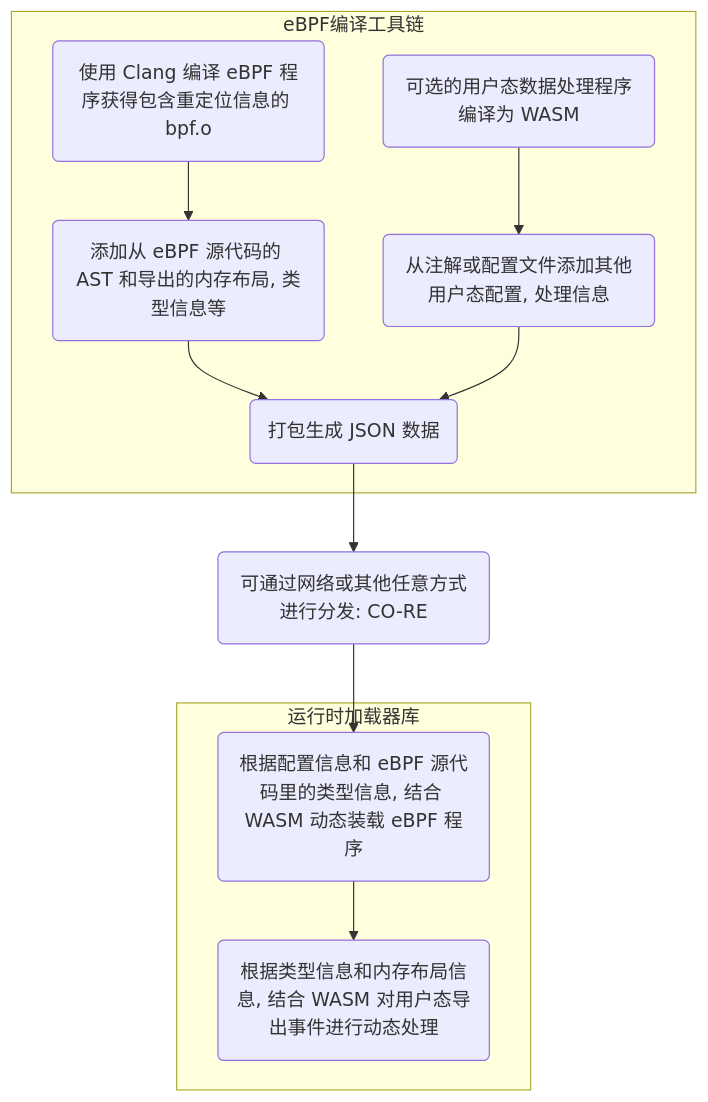
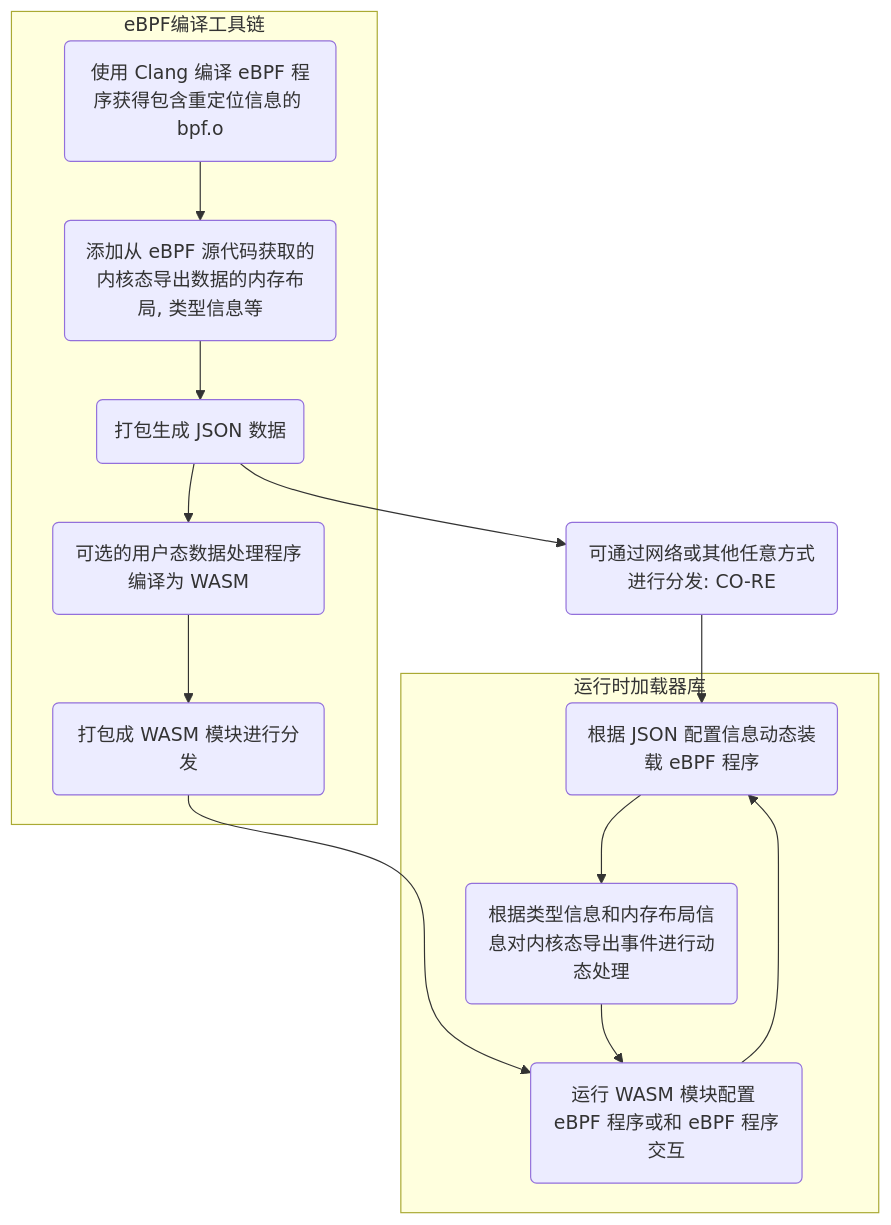
One commit to eunomia-bpf/eunomia-bpf.github.io changed the diagram in src/mannual.md. Above: the diagram before and after it, drawn with Mermaid. The commit also changed other lines of this file and 2 other files, not shown here.

````diff
--- a/src/mannual.md
+++ b/src/mannual.md
@@ -273,24 +273,28 @@
 ```mermaid
 graph TD
- b3-->package
+  b3-->package
+  b4-->a3
   package-->a1
   package(可通过网络或其他任意方式进行分发: CO-RE)
 
   subgraph 运行时加载器库
-  a1(根据配置信息和 eBPF 源代码里的类型信息, 结合 WASM 动态装载 eBPF 程序)
-  a2(根据类型信息和内存布局信息, 结合 WASM 对用户态导出事件进行动态处理)
+  a3(运行 WASM 模块配置 eBPF 程序或和 eBPF 程序交互)
+  a1(根据 JSON 配置信息动态装载 eBPF 程序)
+  a2(根据类型信息和内存布局信息对内核态导出事件进行动态处理)
   a1-->a2
+  a3-->a1
+  a2-->a3
   end
 
   subgraph eBPF编译工具链
   b1(使用 Clang 编译 eBPF 程序获得包含重定位信息的 bpf.o)
-  b2(添加从 eBPF 源代码的 AST 和导出的内存布局, 类型信息等)
+  b2(添加从 eBPF 源代码获取的内核态导出数据的内存布局, 类型信息等)
   b3(打包生成 JSON 数据)
-  b4(从注解或配置文件添加其他用户态配置, 处理信息)
+  b4(打包成 WASM 模块进行分发)
   b5(可选的用户态数据处理程序编译为 WASM)
   b2-->b3
-  b4-->b3
+  b3-->b5
   b5-->b4
   b1-->b2
   end
 ```
````
